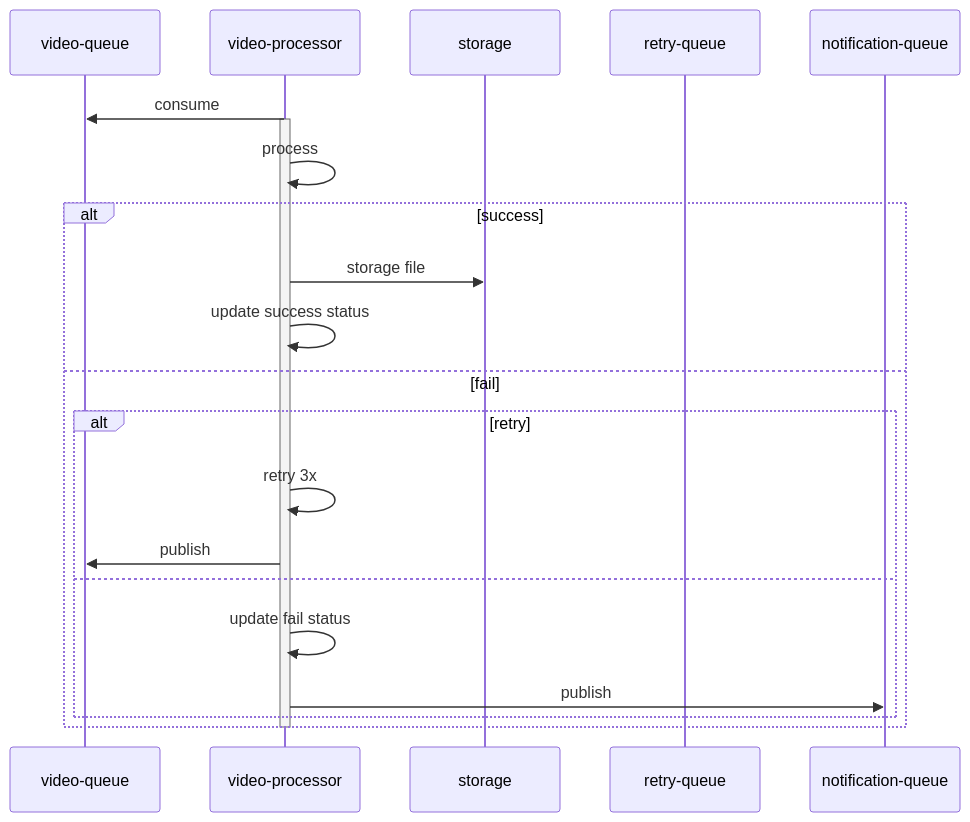
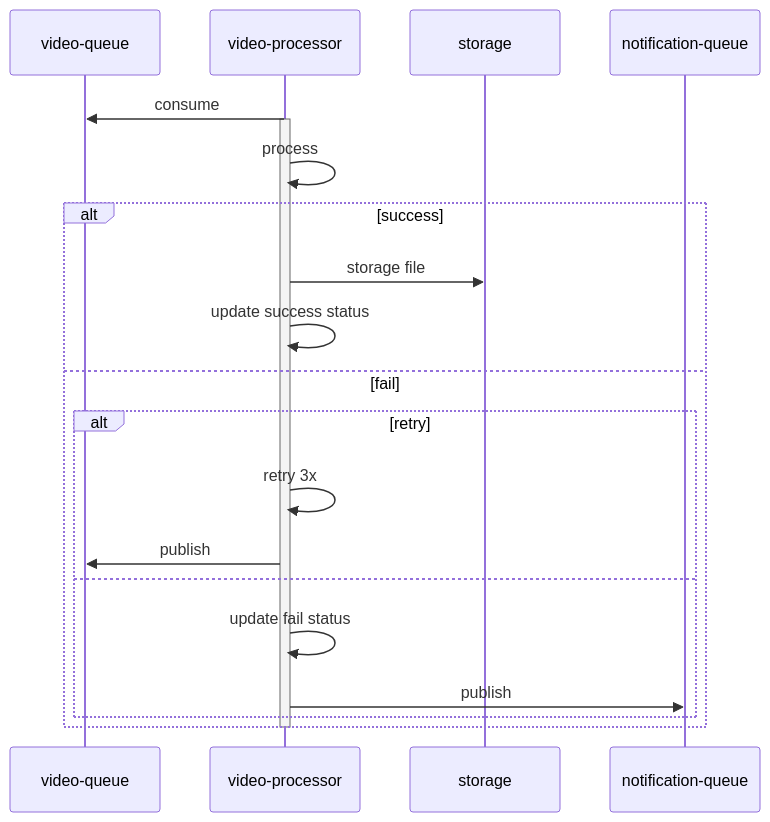
Before and after one commit to thaisandre/clipshot-video-processor: the diagram in README.md, drawn with Mermaid.

````diff
--- a/README.md
+++ b/README.md
@@ -5,26 +5,25 @@
 ```mermaid
 sequenceDiagram
     participant video-queue
     participant video-processor
     participant storage
-    participant retry-queue
     participant notification-queue
     
     video-processor->>video-queue: consume
     activate video-processor
     video-processor->>video-processor: process
     
     alt success
      video-processor->>storage: storage file
      video-processor->>video-processor: update success status
     else fail
      alt retry
       video-processor->>video-processor: retry 3x
       video-processor->>video-queue: publish
      else
       video-processor->>video-processor: update fail status
       video-processor->>notification-queue: publish
      end   
     end
     deactivate video-processor
 ```
````
